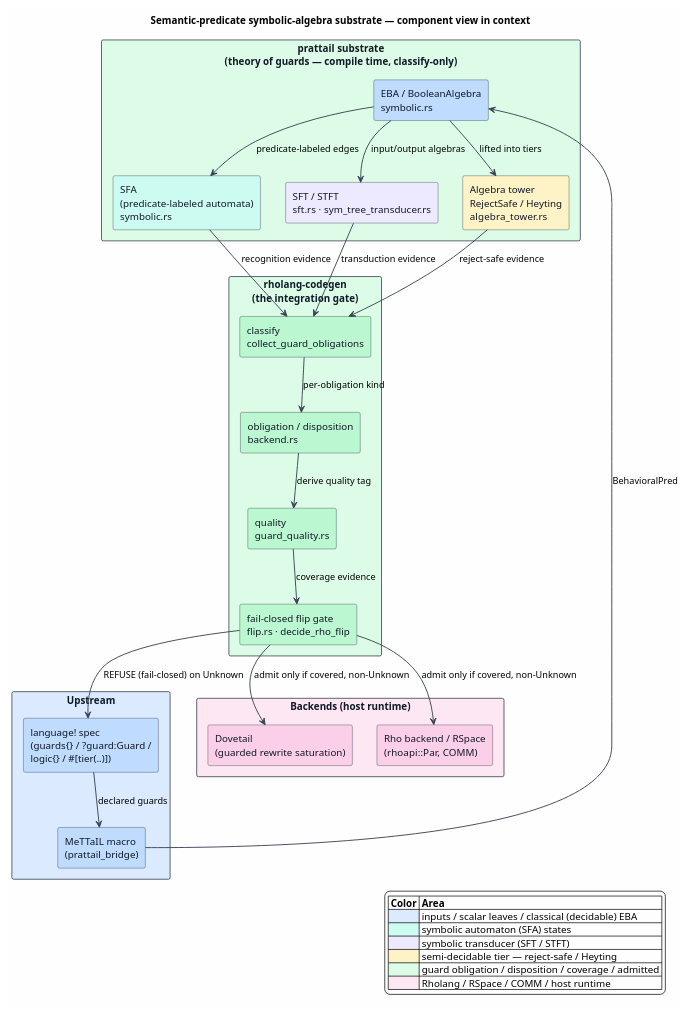
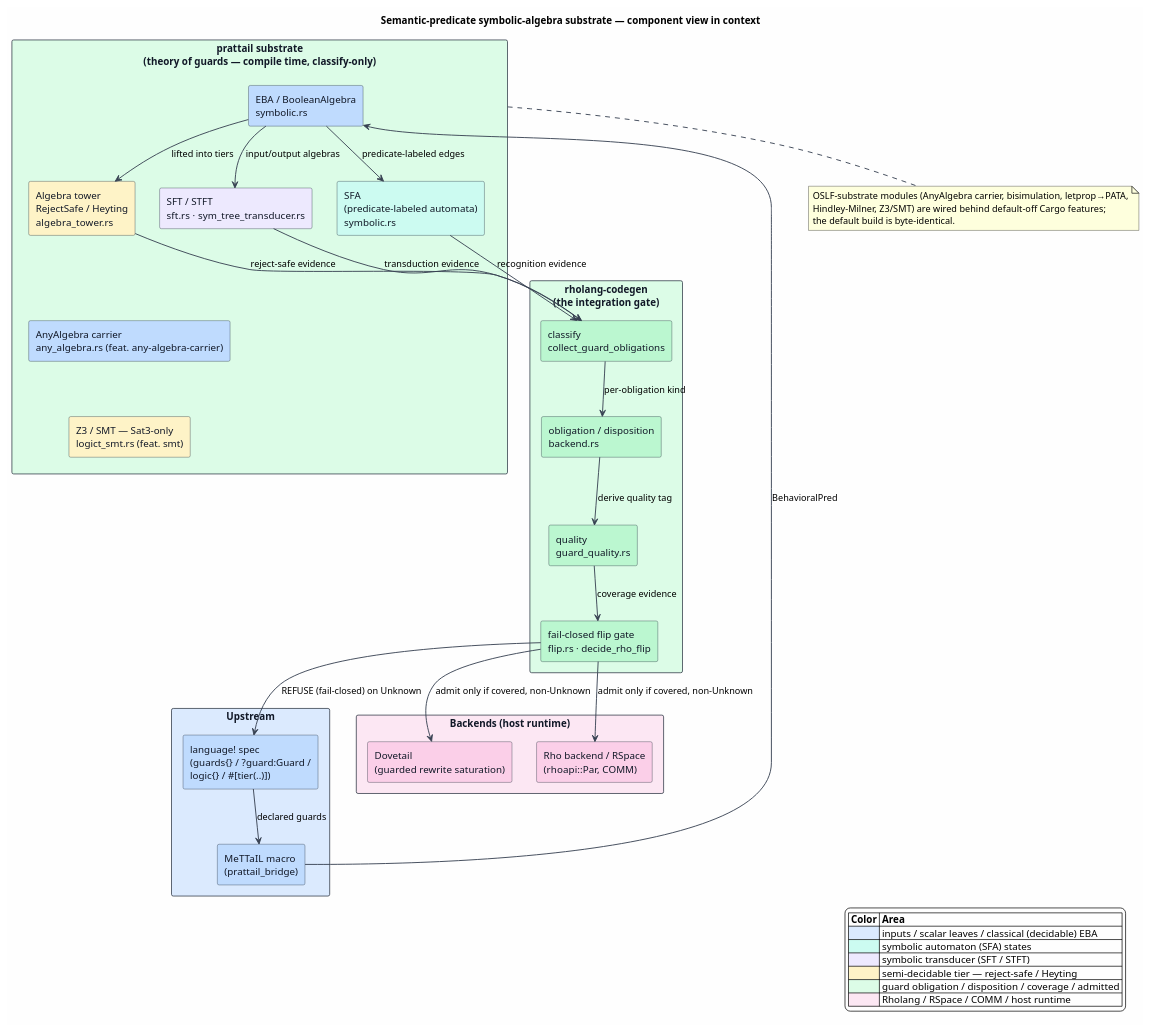
One commit to F1R3FLY-io/mettail-rust changed the diagram in docs/architecture/semantic-predicates/figures/README.puml. Above: the diagram before and after it, drawn with PlantUML. The commit also changed 23 other files, not shown here.

```diff
--- a/docs/architecture/semantic-predicates/figures/README.puml
+++ b/docs/architecture/semantic-predicates/figures/README.puml
@@ -1,70 +1,81 @@
 @startuml
 title Semantic-predicate symbolic-algebra substrate — component view in context
 
 skinparam backgroundColor #FEFEFE
 skinparam componentStyle rectangle
 skinparam shadowing false
 skinparam ArrowColor #374151
 skinparam ArrowThickness 1.3
 skinparam component {
   BorderColor #1F2937
   FontColor #111827
 }
 skinparam rectangle {
   BorderColor #1F2937
   FontColor #111827
 }
 
 ' ── Upstream: the language specification ────────────────────────────────
 rectangle "Upstream" as Up #DBEAFE {
   component "language! spec\n(guards{} / ?guard:Guard /\nlogic{} / #[tier(..)])" as Spec #BFDBFE
   component "MeTTaIL macro\n(prattail_bridge)" as Macro #BFDBFE
 }
 
 ' ── The prattail substrate (the subject of this suite) ──────────────────
 rectangle "prattail substrate\n(theory of guards — compile time, classify-only)" as Sub #DCFCE7 {
   component "EBA / BooleanAlgebra\nsymbolic.rs" as EBA #BFDBFE
   component "SFA\n(predicate-labeled automata)\nsymbolic.rs" as SFA #CCFBF1
   component "SFT / STFT\nsft.rs · sym_tree_transducer.rs" as SFT #EDE9FE
   component "Algebra tower\nRejectSafe / Heyting\nalgebra_tower.rs" as Tower #FEF3C7
+  component "AnyAlgebra carrier\nany_algebra.rs (feat. any-algebra-carrier)" as Carrier #BFDBFE
+  component "Z3 / SMT — Sat3-only\nlogict_smt.rs (feat. smt)" as Z3 #FEF3C7
 }
 
 ' ── Downstream classification: rholang-codegen ──────────────────────────
 rectangle "rholang-codegen\n(the integration gate)" as Codegen #DCFCE7 {
   component "classify\ncollect_guard_obligations" as Classify #BBF7D0
   component "obligation / disposition\nbackend.rs" as Disp #BBF7D0
   component "quality\nguard_quality.rs" as Quality #BBF7D0
   component "fail-closed flip gate\nflip.rs · decide_rho_flip" as Gate #BBF7D0
 }
 
 ' ── Downstream backends ─────────────────────────────────────────────────
 rectangle "Backends (host runtime)" as Back #FCE7F3 {
   component "Dovetail\n(guarded rewrite saturation)" as Dovetail #FBCFE8
   component "Rho backend / RSpace\n(rhoapi::Par, COMM)" as Rho #FBCFE8
 }
 
 Spec --> Macro : declared guards
 Macro --> EBA : BehavioralPred
 EBA --> SFA : predicate-labeled edges
 EBA --> SFT : input/output algebras
 EBA --> Tower : lifted into tiers
 Tower --> Classify : reject-safe evidence
 SFA --> Classify : recognition evidence
 SFT --> Classify : transduction evidence
 Classify --> Disp : per-obligation kind
 Disp --> Quality : derive quality tag
 Quality --> Gate : coverage evidence
 Gate --> Dovetail : admit only if covered, non-Unknown
 Gate --> Rho : admit only if covered, non-Unknown
 Gate --> Spec : REFUSE (fail-closed) on Unknown
 
+Tower -[hidden]down- Carrier
+Carrier -[hidden]down- Z3
+
+note bottom of Sub
+  OSLF-substrate modules (AnyAlgebra carrier, bisimulation, letprop→PATA,
+  Hindley–Milner, Z3/SMT) are wired behind default-off Cargo features;
+  the default build is byte-identical.
+end note
+
 legend right
 |= Color |= Area |
 |<#DBEAFE> | inputs / scalar leaves / classical (decidable) EBA |
 |<#CCFBF1> | symbolic automaton (SFA) states |
 |<#EDE9FE> | symbolic transducer (SFT / STFT) |
 |<#FEF3C7> | semi-decidable tier — reject-safe / Heyting |
 |<#DCFCE7> | guard obligation / disposition / coverage / admitted |
 |<#FCE7F3> | Rholang / RSpace / COMM / host runtime |
 endlegend
 @enduml
```
